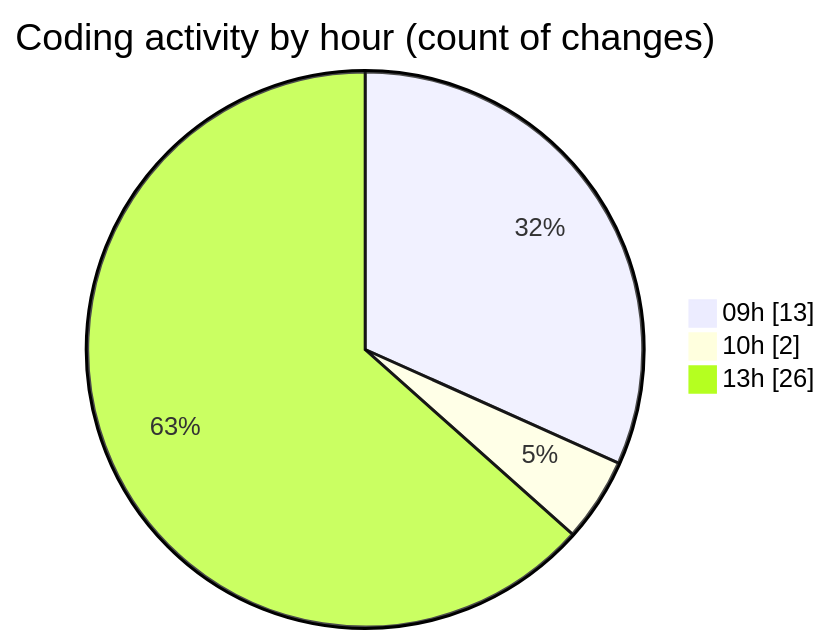
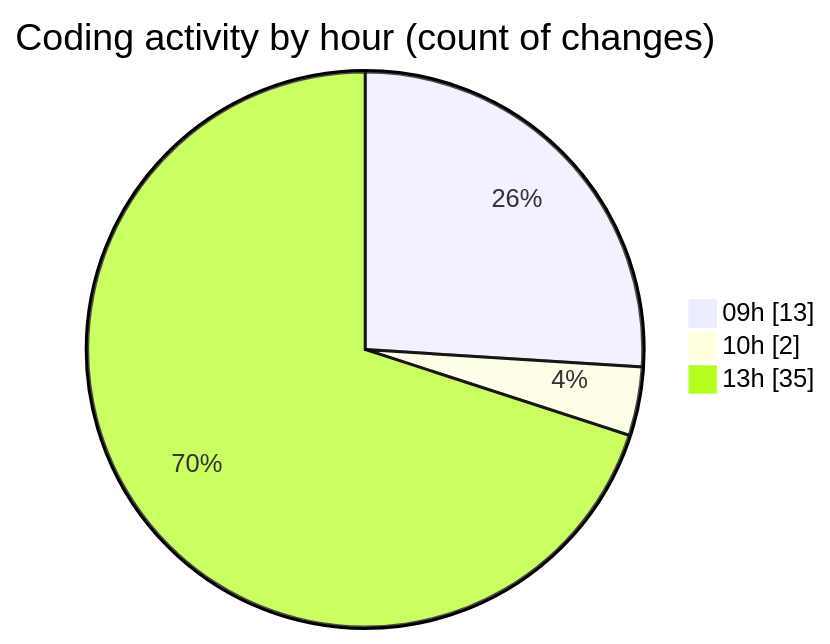
The second of 2 diagrams in 2025-08-29/cda/README.md (momahboobian/code-tracking), drawn with Mermaid before and after one commit. The commit also changed other lines of this file and 1 other file, not shown here.

````diff
--- a/2025-08-29/cda/README.md
+++ b/2025-08-29/cda/README.md
@@ -41,7 +41,7 @@
 ```mermaid
 pie showData
 title Coding activity by hour (count of changes)
 "09h" : 13
 "10h" : 2
-"13h" : 26
+"13h" : 35
 ```
````
